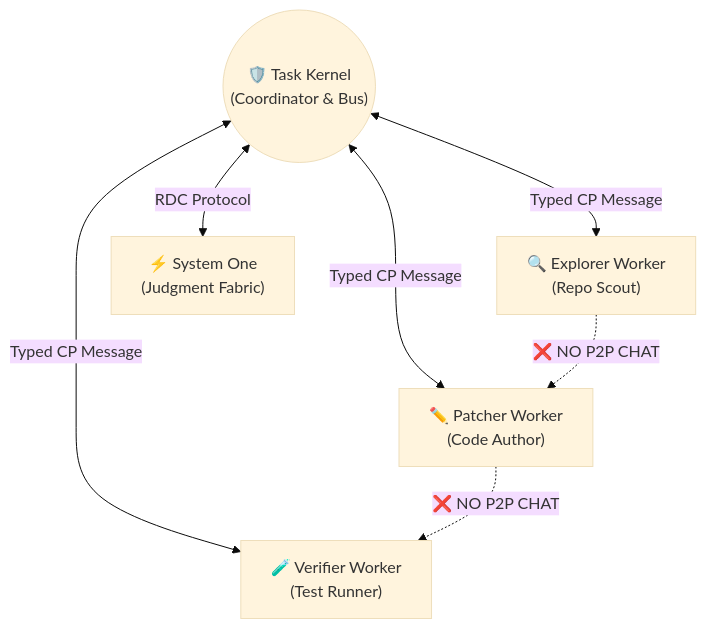
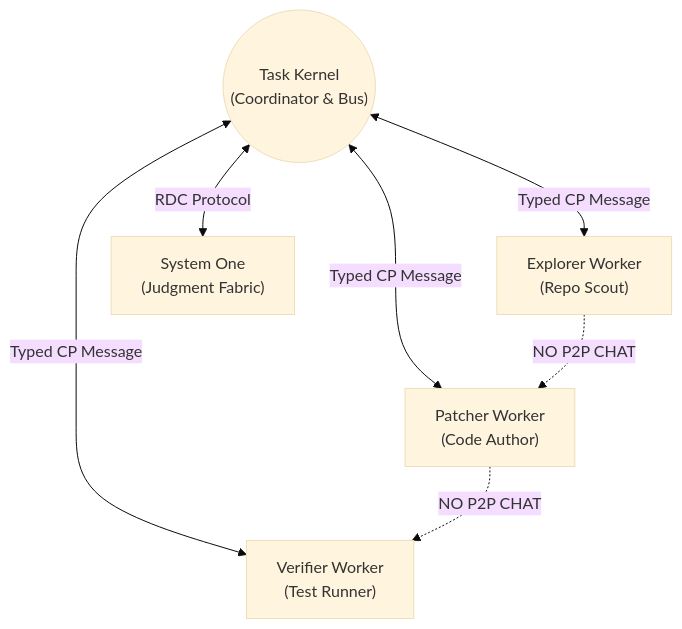
One commit to civi0411/Custos changed the diagram in docs/architecture/communication.md. Above: the diagram before and after it, drawn with Mermaid (base theme). The commit also changed other lines of this file and 39 other files, not shown here.

````diff
--- a/docs/architecture/communication.md
+++ b/docs/architecture/communication.md
@@ -14,17 +14,17 @@
 ```mermaid
 flowchart TD
-    Kernel(("🛡️ Task Kernel\n(Coordinator & Bus)"))
+    Kernel(("Task Kernel\n(Coordinator & Bus)"))
     
-    W_Exp["🔍 Explorer Worker\n(Repo Scout)"]
-    W_Pat["✏️ Patcher Worker\n(Code Author)"]
-    W_Ver["🧪 Verifier Worker\n(Test Runner)"]
-    S1["⚡ System One\n(Judgment Fabric)"]
+    W_Exp["Explorer Worker\n(Repo Scout)"]
+    W_Pat["Patcher Worker\n(Code Author)"]
+    W_Ver["Verifier Worker\n(Test Runner)"]
+    S1["System One\n(Judgment Fabric)"]
 
     Kernel <-->|"Typed CP Message"| W_Exp
     Kernel <-->|"Typed CP Message"| W_Pat
     Kernel <-->|"Typed CP Message"| W_Ver
     Kernel <-->|"RDC Protocol"| S1
 
-    W_Exp -.->|"❌ NO P2P CHAT"| W_Pat
-    W_Pat -.->|"❌ NO P2P CHAT"| W_Ver
+    W_Exp -.->|"NO P2P CHAT"| W_Pat
+    W_Pat -.->|"NO P2P CHAT"| W_Ver
 ```
````
